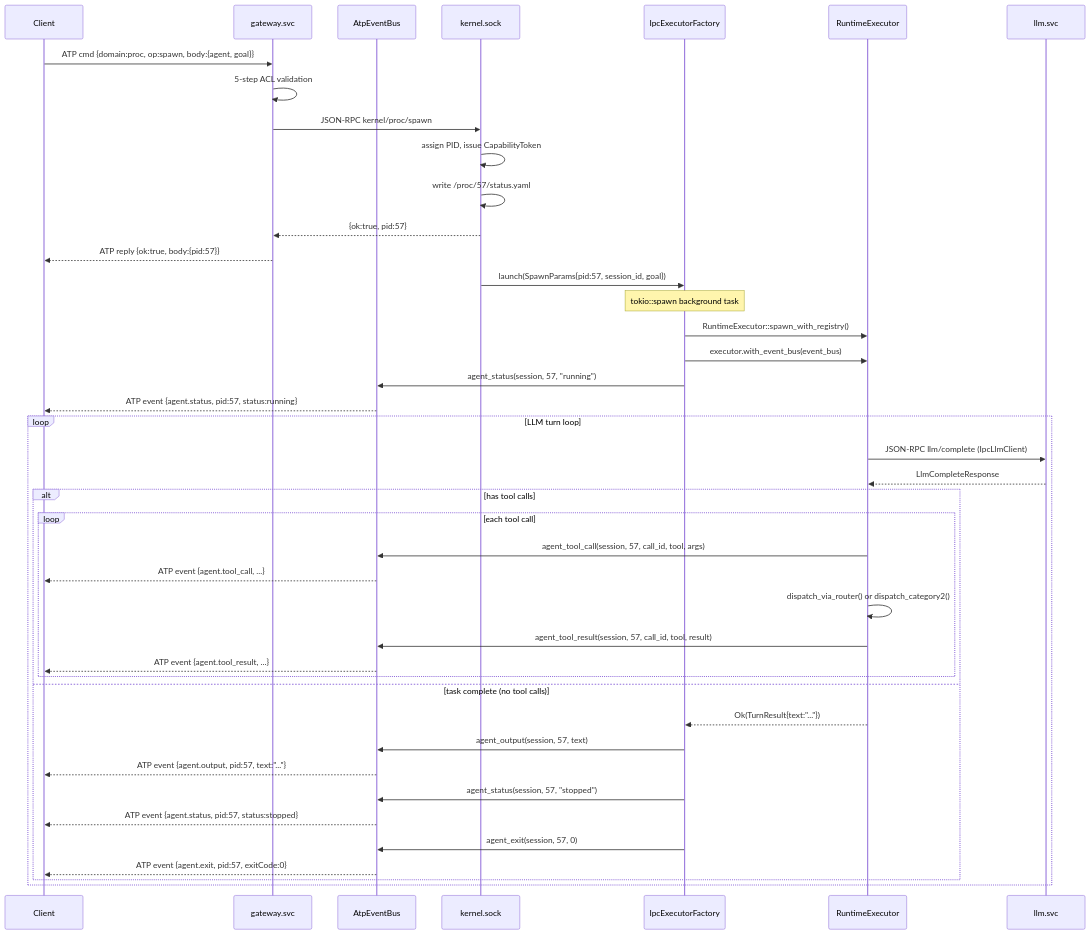
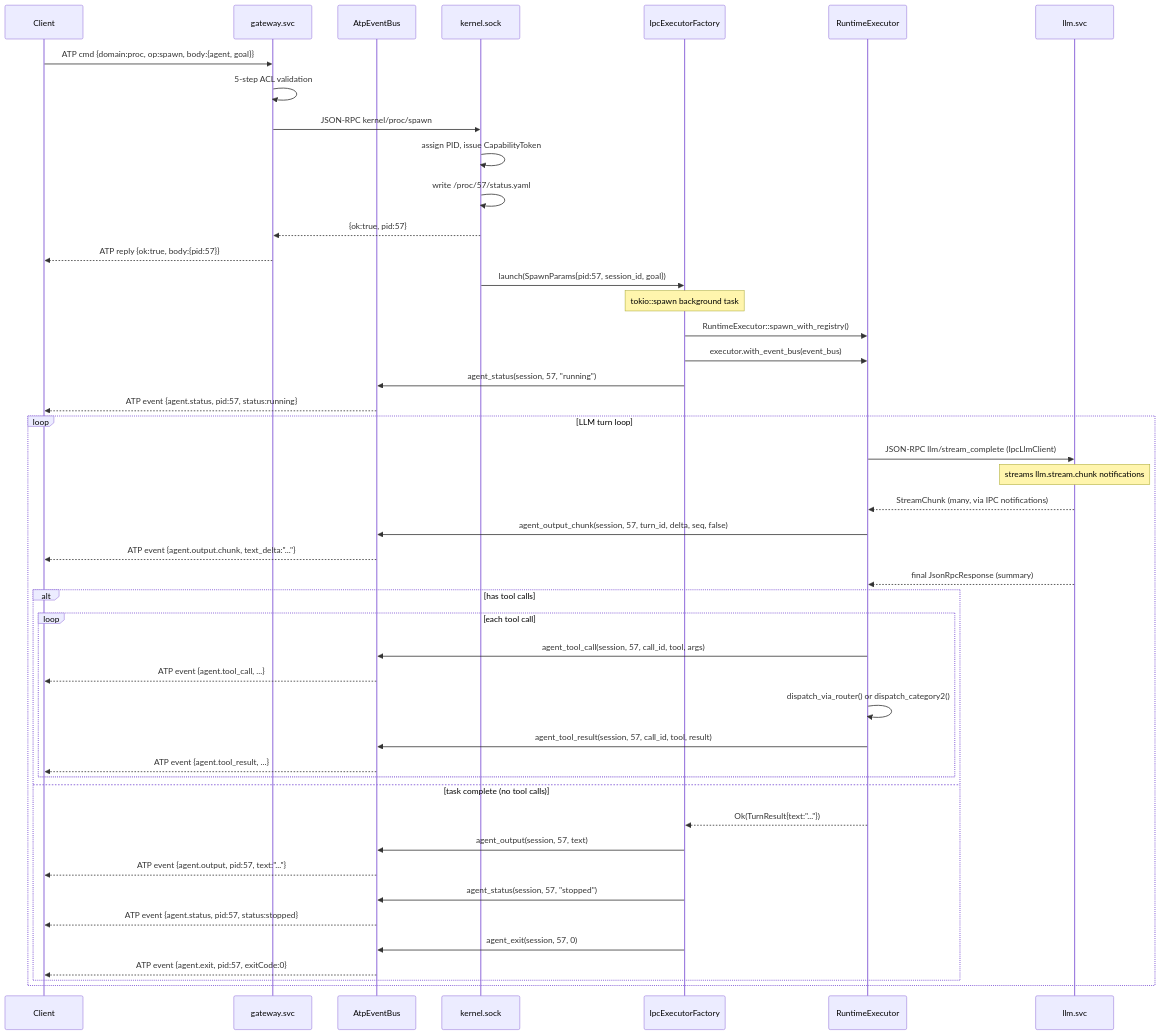
The fourth of 6 diagrams in docs/architecture/04-atp.md (avadhpatel/avix), drawn with Mermaid before and after one commit. The commit also changed other lines of this file and 13 other files, not shown here.

````diff
--- a/docs/architecture/04-atp.md
+++ b/docs/architecture/04-atp.md
@@ -371,47 +372,51 @@
 ```mermaid
 sequenceDiagram
     participant C as Client
     participant GW as gateway.svc
     participant BUS as AtpEventBus
     participant K as kernel.sock
     participant F as IpcExecutorFactory
     participant RE as RuntimeExecutor
     participant LLM as llm.svc
 
     C->>GW: ATP cmd {domain:proc, op:spawn, body:{agent, goal}}
     GW->>GW: 5-step ACL validation
     GW->>K: JSON-RPC kernel/proc/spawn
     K->>K: assign PID, issue CapabilityToken
     K->>K: write /proc/57/status.yaml
     K-->>GW: {ok:true, pid:57}
     GW-->>C: ATP reply {ok:true, body:{pid:57}}
 
     K->>F: launch(SpawnParams{pid:57, session_id, goal})
     Note over F: tokio::spawn background task
     F->>RE: RuntimeExecutor::spawn_with_registry()
     F->>RE: executor.with_event_bus(event_bus)
     F->>BUS: agent_status(session, 57, "running")
     BUS-->>C: ATP event {agent.status, pid:57, status:running}
 
     loop LLM turn loop
-        RE->>LLM: JSON-RPC llm/complete (IpcLlmClient)
-        LLM-->>RE: LlmCompleteResponse
+        RE->>LLM: JSON-RPC llm/stream_complete (IpcLlmClient)
+        note over LLM: streams llm.stream.chunk notifications
+        LLM-->>RE: StreamChunk (many, via IPC notifications)
+        RE->>BUS: agent_output_chunk(session, 57, turn_id, delta, seq, false)
+        BUS-->>C: ATP event {agent.output.chunk, text_delta:"..."}
+        LLM-->>RE: final JsonRpcResponse (summary)
         alt has tool calls
             loop each tool call
                 RE->>BUS: agent_tool_call(session, 57, call_id, tool, args)
                 BUS-->>C: ATP event {agent.tool_call, ...}
                 RE->>RE: dispatch_via_router() or dispatch_category2()
                 RE->>BUS: agent_tool_result(session, 57, call_id, tool, result)
                 BUS-->>C: ATP event {agent.tool_result, ...}
             end
         else task complete (no tool calls)
             RE-->>F: Ok(TurnResult{text:"..."})
             F->>BUS: agent_output(session, 57, text)
             BUS-->>C: ATP event {agent.output, pid:57, text:"..."}
             F->>BUS: agent_status(session, 57, "stopped")
             BUS-->>C: ATP event {agent.status, pid:57, status:stopped}
             F->>BUS: agent_exit(session, 57, 0)
             BUS-->>C: ATP event {agent.exit, pid:57, exitCode:0}
         end
     end
 ```
````
